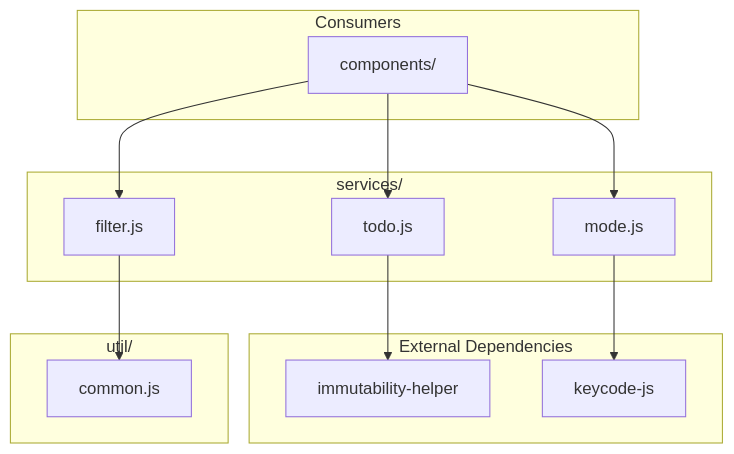
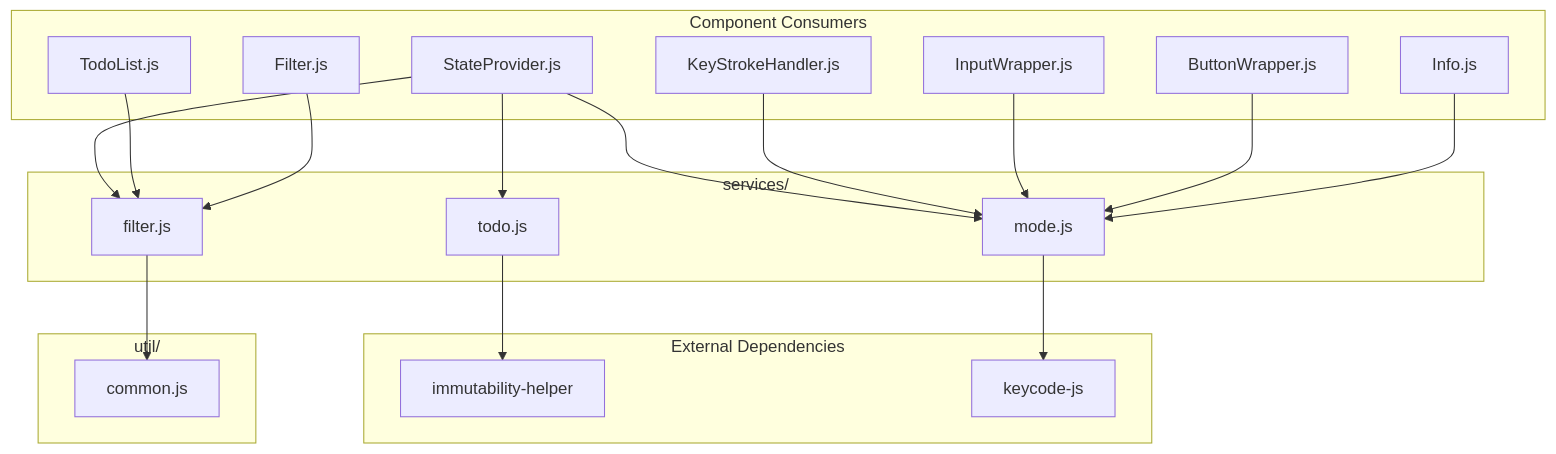
Before and after one commit to hardik-blitzy/react-todo-app: the first of 2 diagrams in src/services/README.md, drawn with Mermaid. The commit also changed other lines of this file, not shown here.

````diff
--- a/src/services/README.md
+++ b/src/services/README.md
@@ -19,28 +19,40 @@
 ```mermaid
 flowchart TB
     subgraph services["services/"]
         TODO["todo.js"]
         FILTER["filter.js"]
         MODE["mode.js"]
     end
-    
+
     subgraph deps["External Dependencies"]
         IMM["immutability-helper"]
         KEY["keycode-js"]
     end
-    
+
     subgraph util["util/"]
         COMMON["common.js"]
     end
-    
-    subgraph consumers["Consumers"]
-        COMP["components/"]
+
+    subgraph consumers["Component Consumers"]
+        SP["StateProvider.js"]
+        KSH["KeyStrokeHandler.js"]
+        TL["TodoList.js"]
+        IW["InputWrapper.js"]
+        BW["ButtonWrapper.js"]
+        FLT["Filter.js"]
+        INF["Info.js"]
     end
-    
+
     TODO --> IMM
     FILTER --> COMMON
     MODE --> KEY
-    COMP --> TODO
-    COMP --> FILTER
-    COMP --> MODE
+    SP --> TODO
+    SP --> FILTER
+    SP --> MODE
+    KSH --> MODE
+    TL --> FILTER
+    IW --> MODE
+    BW --> MODE
+    FLT --> FILTER
+    INF --> MODE
 ```
````
